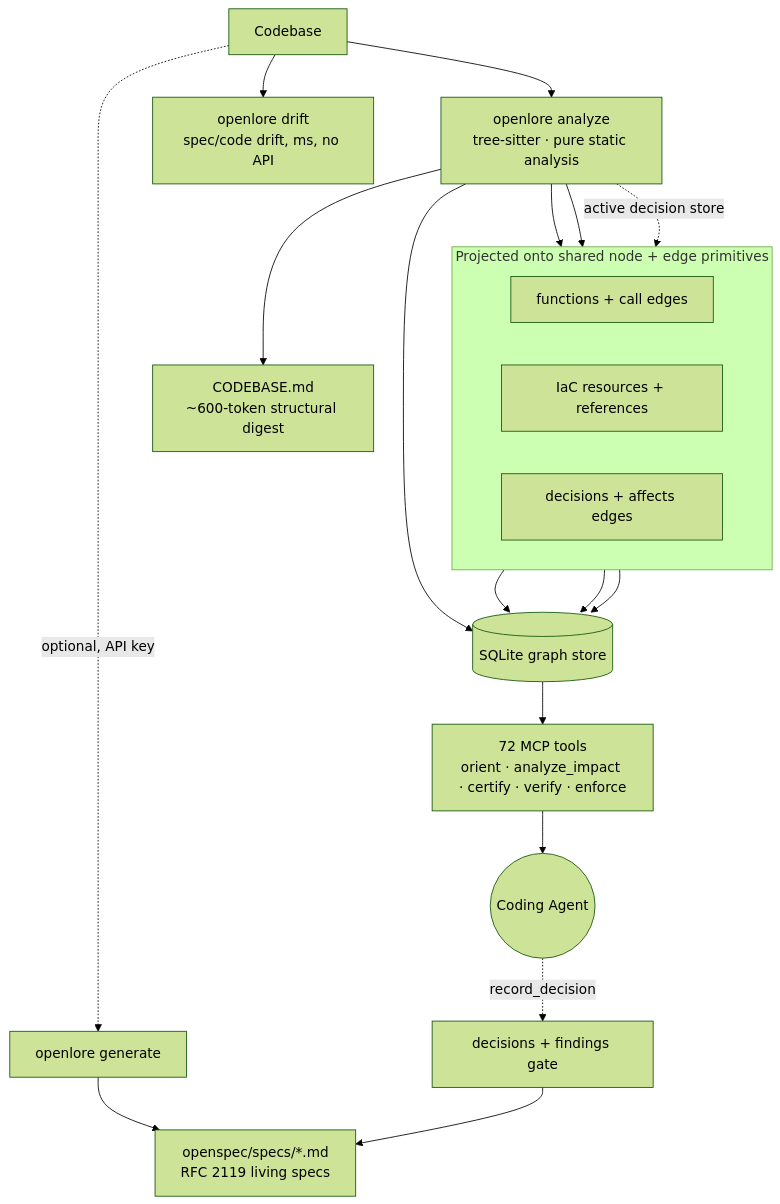
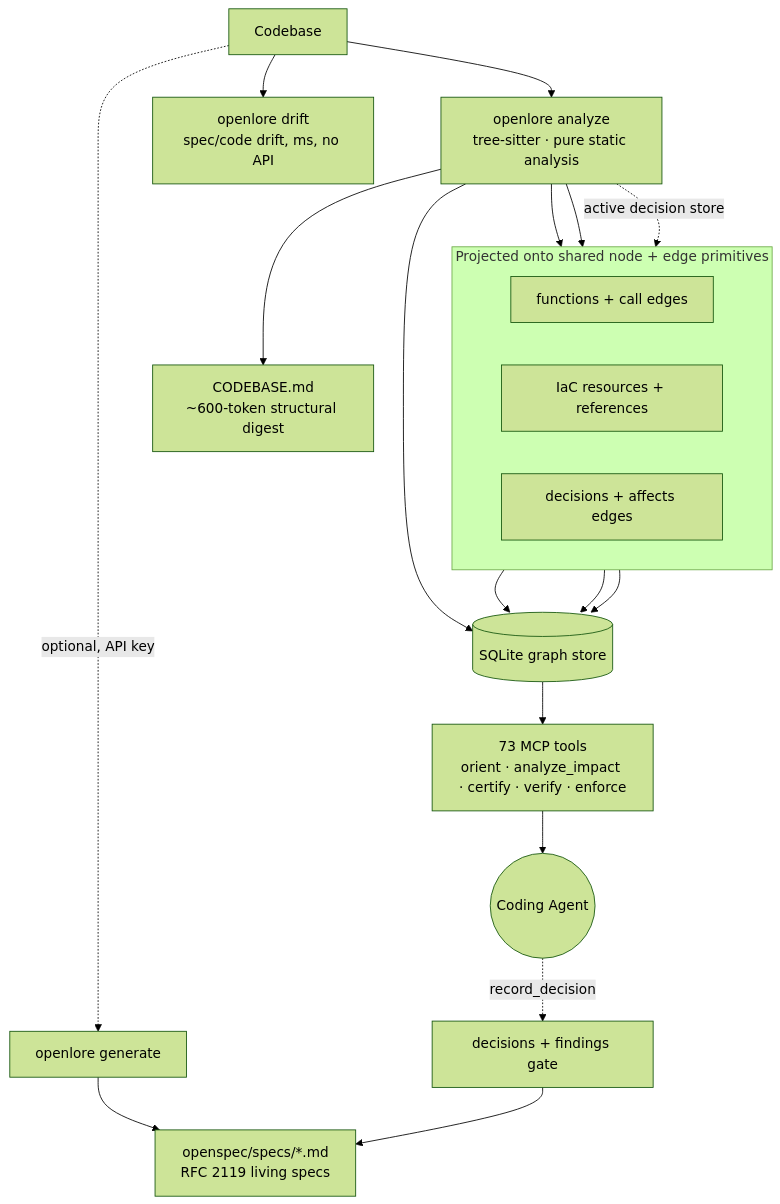
Before and after one commit to zoroneo/OpenLore: the diagram in README.md, drawn with Mermaid (forest theme). The commit also changed other lines of this file and 17 other files, not shown here.

````diff
--- a/README.md
+++ b/README.md
@@ -313,28 +313,28 @@
 ```mermaid
 flowchart TD
     Code[Codebase] --> Analyze[openlore analyze<br/>tree-sitter · pure static analysis]
     Analyze --> DB[(SQLite graph store)]
     Analyze --> Digest[CODEBASE.md<br/>~600-token structural digest]
 
     subgraph shared["Projected onto shared node + edge primitives"]
       direction LR
       CodeNodes[functions + call edges]
       Iac[IaC resources + references]
       Dec[decisions + affects edges]
     end
     Analyze --> CodeNodes
     Analyze --> Iac
     Analyze -. active decision store .-> Dec
     CodeNodes --> DB
     Iac --> DB
     Dec --> DB
 
-    DB --> MCP[72 MCP tools<br/>orient · analyze_impact · certify · verify · enforce]
+    DB --> MCP[73 MCP tools<br/>orient · analyze_impact · certify · verify · enforce]
     MCP --> Agent((Coding Agent))
 
     Code -. optional, API key .-> Gen[openlore generate]
     Gen --> Specs[openspec/specs/*.md<br/>RFC 2119 living specs]
     Code --> Drift[openlore drift<br/>spec/code drift, ms, no API]
     Agent -. record_decision .-> Gate[decisions + findings gate]
     Gate --> Specs
 ```
````
